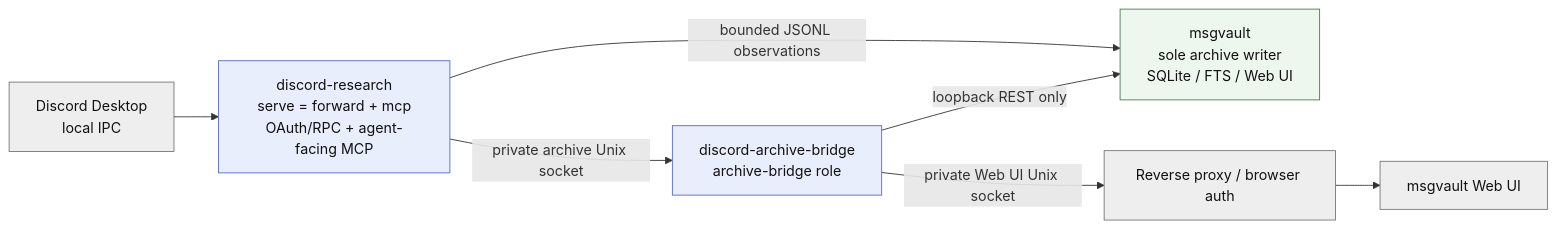
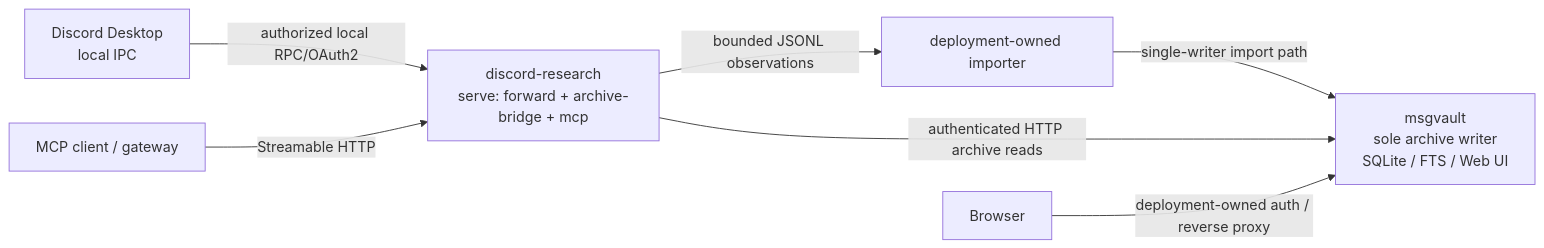
One commit to X1pheR/discord-research-mcp changed the diagram in README.md. Above: the diagram before and after it, drawn with Mermaid. The commit also changed other lines of this file and 14 other files, not shown here.

````diff
--- a/README.md
+++ b/README.md
@@ -11,17 +49,11 @@
 ```mermaid
 flowchart LR
-    Desktop["Discord Desktop\nlocal IPC"] --> Discord["discord-research\nserve = forward + mcp\nOAuth/RPC + agent-facing MCP"]
-    Discord -->|bounded JSONL observations| Vault["msgvault\nsole archive writer\nSQLite / FTS / Web UI"]
+    Desktop["Discord Desktop\nlocal IPC"] -->|authorized local RPC/OAuth2| Discord["discord-research\nserve: forward + archive-bridge + mcp"]
+    Client["MCP client / gateway"] -->|Streamable HTTP| Discord
 
-    Discord -->|private archive Unix socket| Bridge["discord-archive-bridge\narchive-bridge role"]
-    Bridge -->|loopback REST only| Vault
-    Bridge -->|private Web UI Unix socket| Caddy["Reverse proxy / browser auth"]
-    Caddy --> Web["msgvault Web UI"]
+    Discord -->|bounded JSONL observations| Importer["deployment-owned importer"]
+    Importer -->|single-writer import path| Vault["msgvault\nsole archive writer\nSQLite / FTS / Web UI"]
+    Discord -->|authenticated HTTP archive reads| Vault
 
-    classDef external fill:#eee,stroke:#777,color:#111;
-    classDef discord fill:#e9eefc,stroke:#536dba,color:#111;
-    classDef archive fill:#eef7ee,stroke:#4d7c4d,color:#111;
-    class Desktop,Caddy,Web external;
-    class Discord,Bridge discord;
-    class Vault archive;
+    Browser["Browser"] -->|deployment-owned auth / reverse proxy| Vault
 ```
````
